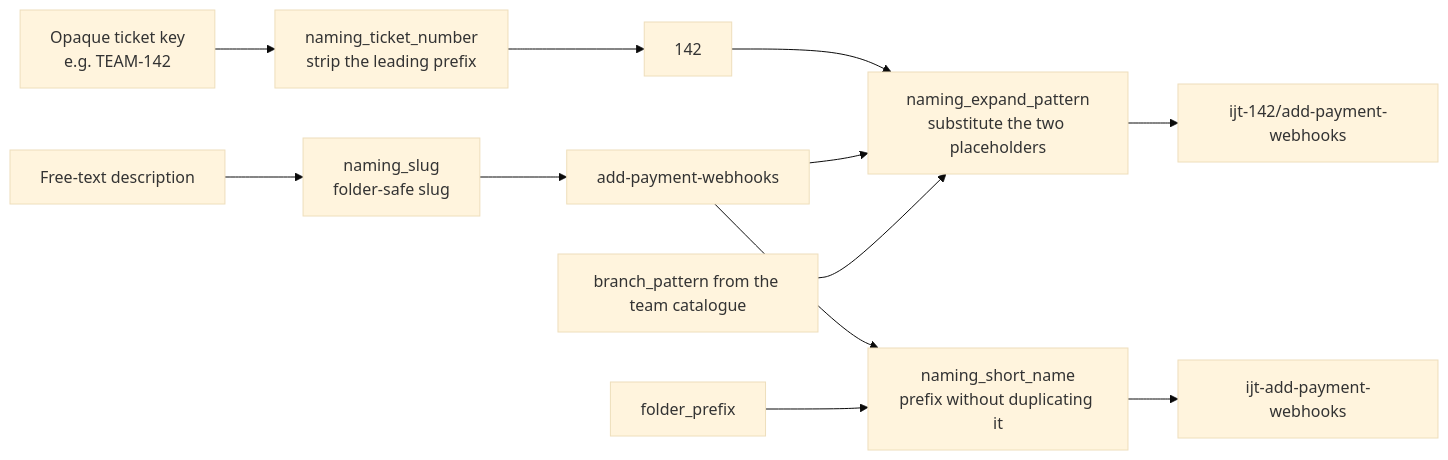
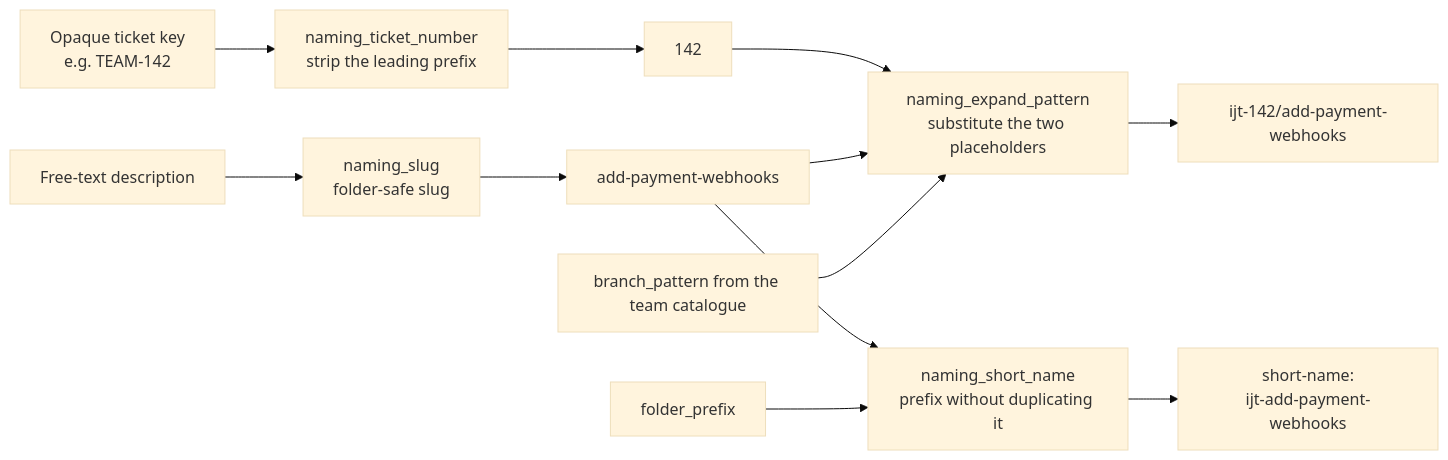
The second of 5 diagrams in docs/06-feature-naming.md (Fyloss/spec-kit-jira), drawn with Mermaid (base theme) before and after one commit. The commit also changed other lines of this file and 3 other files, not shown here.

````diff
--- a/docs/06-feature-naming.md
+++ b/docs/06-feature-naming.md
@@ -62,17 +62,17 @@
 ```mermaid
 flowchart LR
     Key["Opaque ticket key<br/>e.g. TEAM-142"] --> Num["naming_ticket_number<br/>strip the leading prefix"]
     Num --> ID["142"]
 
     Desc["Free-text description"] --> Slug["naming_slug<br/>folder-safe slug"]
     Slug --> FeatureName["add-payment-webhooks"]
 
     ID --> Expand["naming_expand_pattern<br/>substitute the two placeholders"]
     FeatureName --> Expand
     Pattern["branch_pattern from the team catalogue"] --> Expand
     Expand --> Branch["ijt-142/add-payment-webhooks"]
 
     FeatureName --> Short["naming_short_name<br/>prefix without duplicating it"]
     Prefix["folder_prefix"] --> Short
-    Short --> Folder["ijt-add-payment-webhooks"]
+    Short --> ShortName["short-name:<br/>ijt-add-payment-webhooks"]
 ```
````
